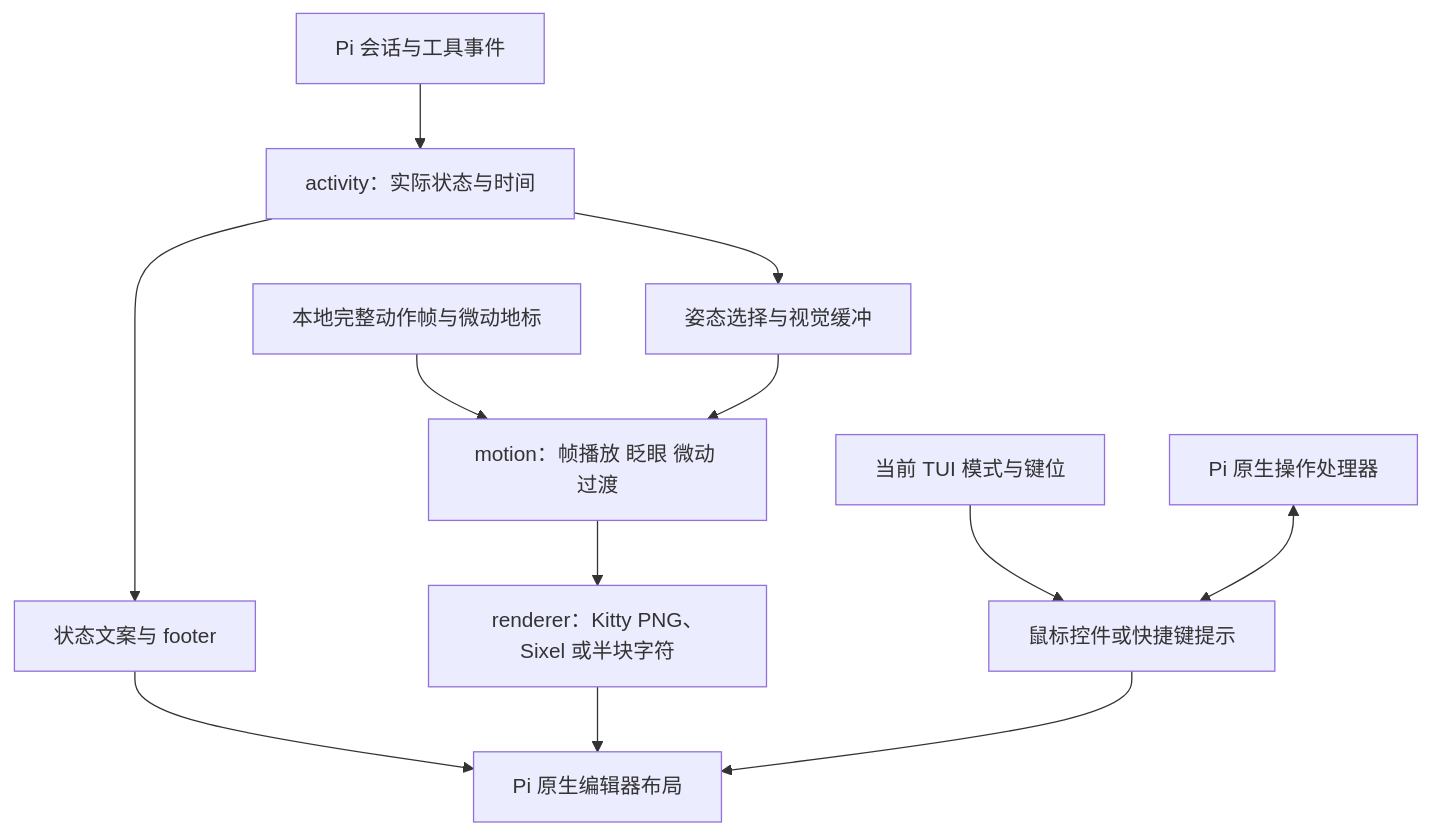
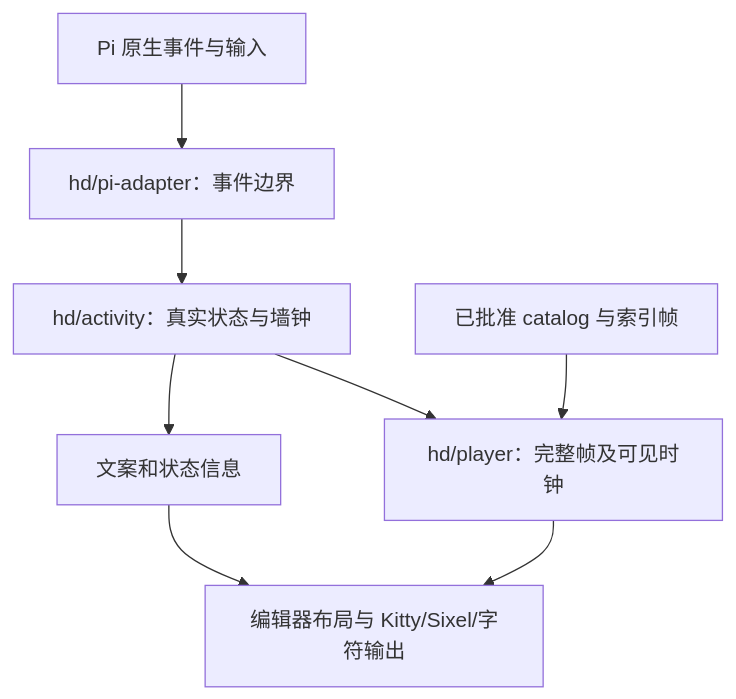
The diagram in editions/hd/docs/architecture.md (KouzakiUmi/pi-furry-partner), drawn with Mermaid before and after one commit. The commit also changed other lines of this file and 30 other files, not shown here.

````diff
--- a/editions/hd/docs/architecture.md
+++ b/editions/hd/docs/architecture.md
@@ -11,14 +7,10 @@
 ```mermaid
 flowchart TD
-  A[Pi 会话与工具事件] --> B[activity：实际状态与时间]
-  B --> C[状态文案与 footer]
-  B --> D[姿态选择与视觉缓冲]
-  E[本地完整动作帧与微动地标] --> F[motion：帧播放 眨眼 微动 过渡]
-  D --> F
-  F --> G[renderer：Kitty PNG、Sixel 或半块字符]
-  C --> H[Pi 原生编辑器布局]
-  G --> H
-  I[当前 TUI 模式与键位] --> J[鼠标控件或快捷键提示]
-  J --> H
-  K[Pi 原生操作处理器] <--> J
+  A[Pi 原生事件与输入] --> B[hd/pi-adapter：事件边界]
+  B --> C[hd/activity：真实状态与墙钟]
+  C --> D[文案和状态信息]
+  C --> E[hd/player：完整帧及可见时钟]
+  F[已批准 catalog 与索引帧] --> E
+  E --> G[编辑器布局与 Kitty/Sixel/字符输出]
+  D --> G
 ```
````
